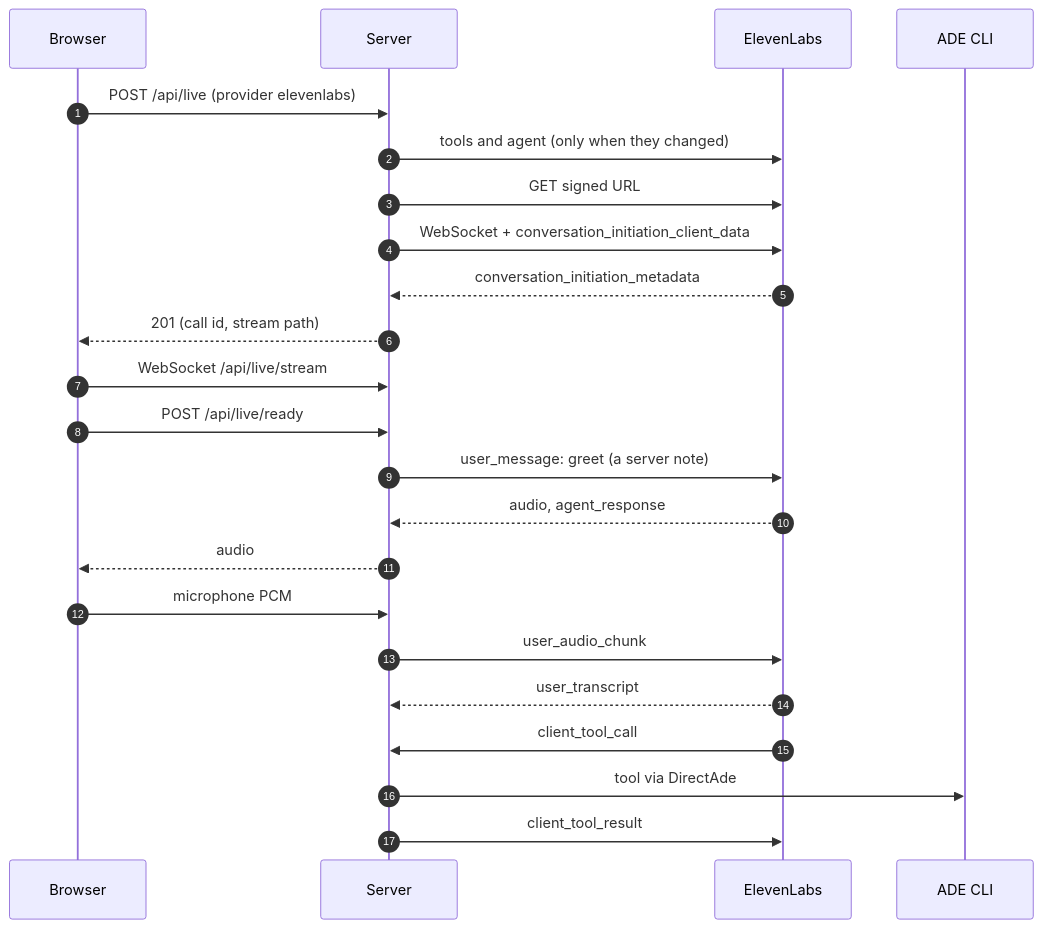
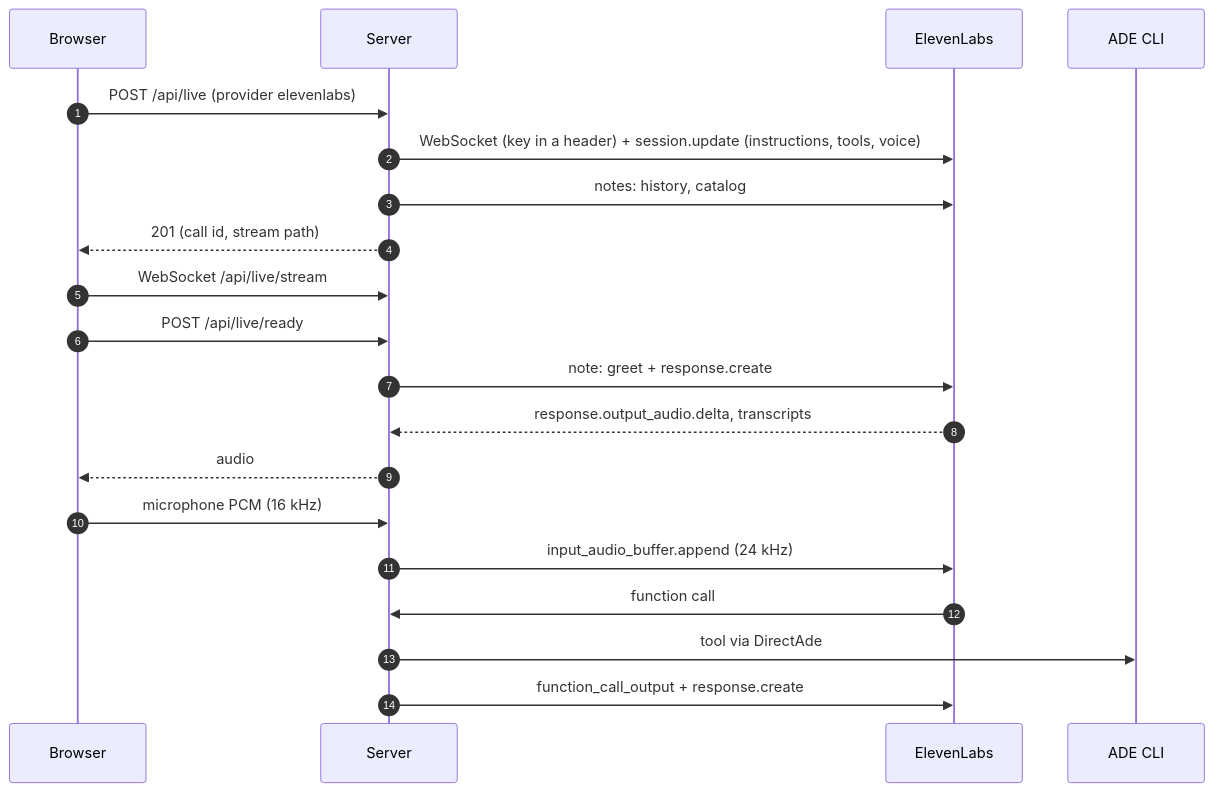
Before and after one commit to javiersgjavi/ade-call: the diagram in docs/elevenlabs.md, drawn with Mermaid. The commit also changed other lines of this file and 36 other files, not shown here.

````diff
--- a/docs/elevenlabs.md
+++ b/docs/elevenlabs.md
@@ -64,25 +33,22 @@
 ```mermaid
 sequenceDiagram
   autonumber
   participant B as Browser
   participant S as Server
   participant E as ElevenLabs
   participant A as ADE CLI
   B->>S: POST /api/live (provider elevenlabs)
-  S->>E: tools and agent (only when they changed)
-  S->>E: GET signed URL
-  S->>E: WebSocket + conversation_initiation_client_data
-  E-->>S: conversation_initiation_metadata
+  S->>E: WebSocket (key in a header) + session.update (instructions, tools, voice)
+  S->>E: notes: history, catalog
   S-->>B: 201 (call id, stream path)
   B->>S: WebSocket /api/live/stream
   B->>S: POST /api/live/ready
-  S->>E: user_message: greet (a server note)
-  E-->>S: audio, agent_response
+  S->>E: note: greet + response.create
+  E-->>S: response.output_audio.delta, transcripts
   S-->>B: audio
-  B->>S: microphone PCM
-  S->>E: user_audio_chunk
-  E-->>S: user_transcript
-  E->>S: client_tool_call
+  B->>S: microphone PCM (16 kHz)
+  S->>E: input_audio_buffer.append (24 kHz)
+  E->>S: function call
   S->>A: tool via DirectAde
-  S->>E: client_tool_result
+  S->>E: function_call_output + response.create
 ```
````
